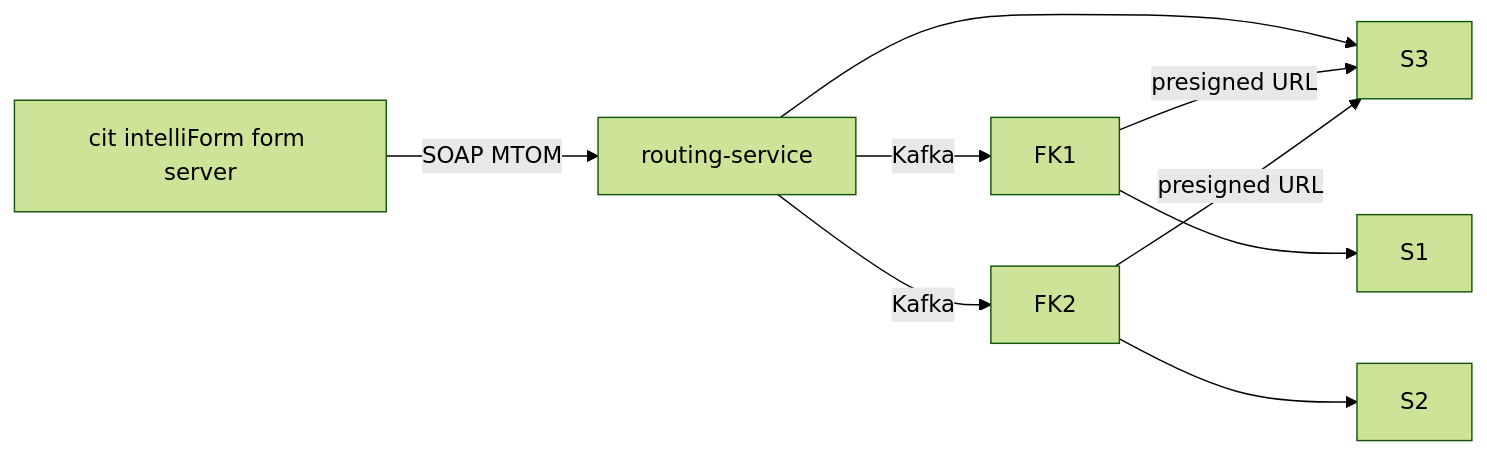
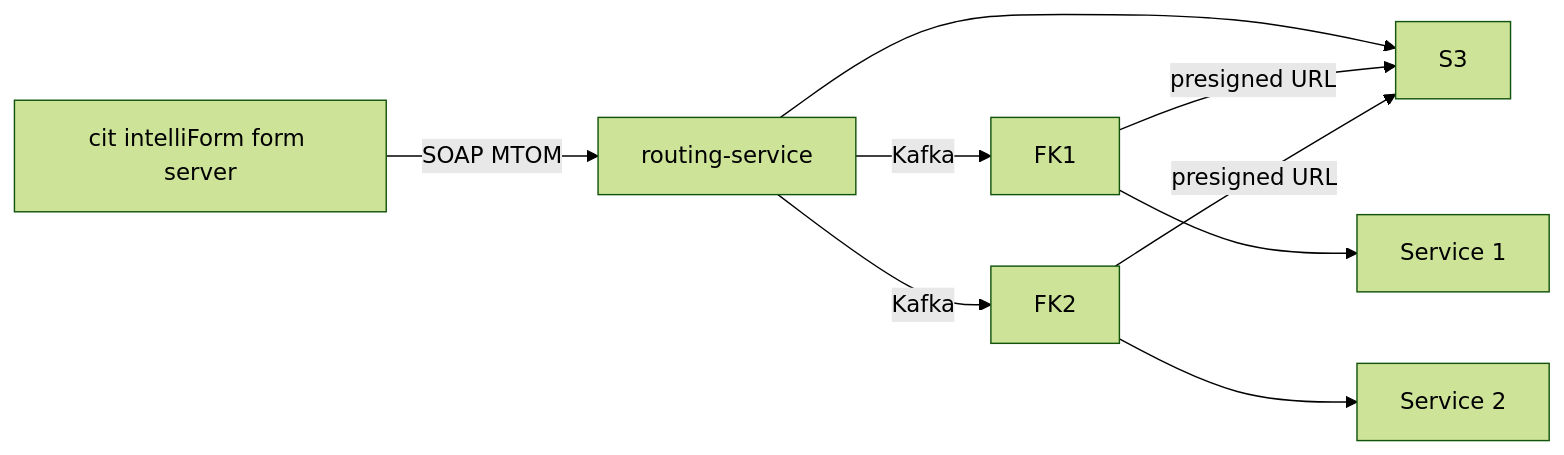
One commit to it-at-m/eogov-for-rk changed the diagram in README.md. Above: the diagram before and after it, drawn with Mermaid (forest theme).

````diff
--- a/README.md
+++ b/README.md
@@ -28,9 +28,9 @@
 ```mermaid
 flowchart LR
   cib[cit intelliForm form server] -->|SOAP MTOM| rk[routing-service]
   rk --> S3
-  rk -->|Kafka| FK1 --> S1
-  rk -->|Kafka| FK2 --> S2
+  rk -->|Kafka| FK1 --> s1[Service 1]
+  rk -->|Kafka| FK2 --> s2[Service 2]
   FK1 --> |presigned URL|S3
   FK2 --> |presigned URL|S3
 ```
````
